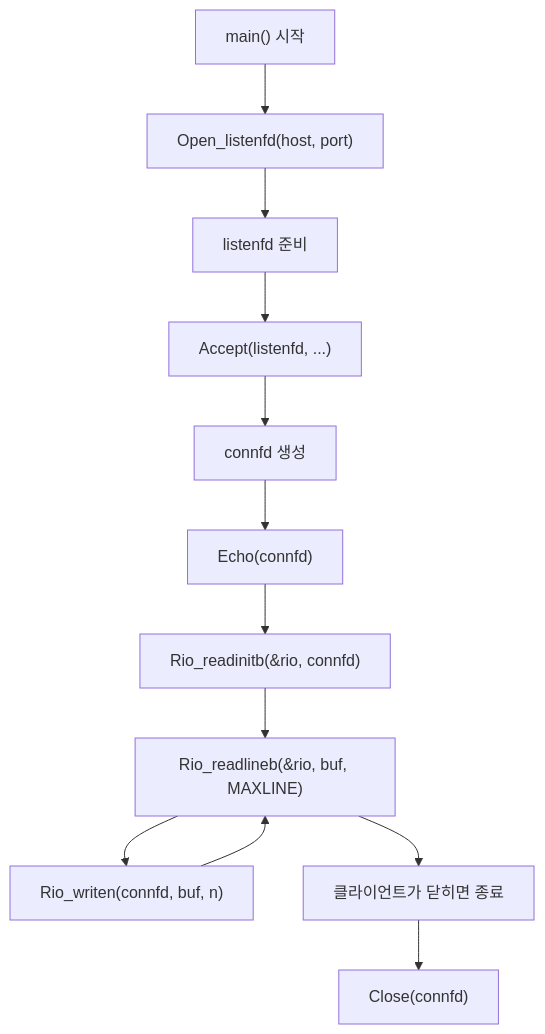
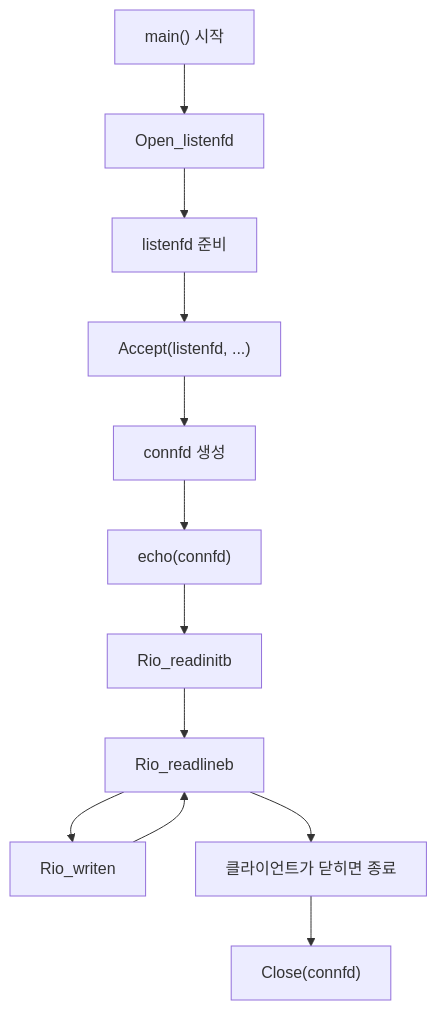
The sixth of 7 diagrams in docs/Study/echo.md (HyeYeonLee0112/SW-AI-W08-Webproxy-Lab), drawn with Mermaid before and after one commit. The commit also changed other lines of this file and 9 other files, not shown here.

````diff
--- a/docs/Study/echo.md
+++ b/docs/Study/echo.md
@@ -194,14 +297,14 @@
 ```mermaid
 flowchart TD
-  A["main() 시작"] --> B["Open_listenfd(host, port)"]
+  A["main() 시작"] --> B["Open_listenfd"]
   B --> C["listenfd 준비"]
   C --> D["Accept(listenfd, ...)"]
   D --> E["connfd 생성"]
-  E --> F["Echo(connfd)"]
-  F --> G["Rio_readinitb(&rio, connfd)"]
-  G --> H["Rio_readlineb(&rio, buf, MAXLINE)"]
-  H --> I["Rio_writen(connfd, buf, n)"]
+  E --> F["echo(connfd)"]
+  F --> G["Rio_readinitb"]
+  G --> H["Rio_readlineb"]
+  H --> I["Rio_writen"]
   I --> H
   H --> J["클라이언트가 닫히면 종료"]
   J --> K["Close(connfd)"]
 ```
````
